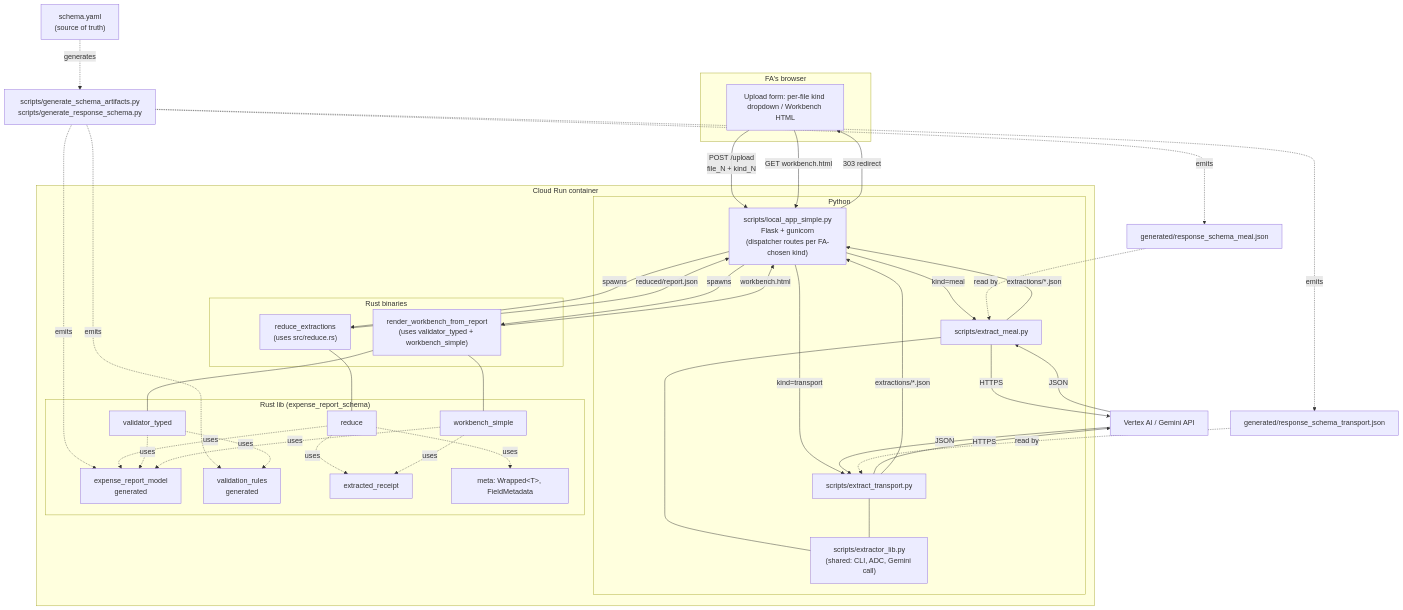
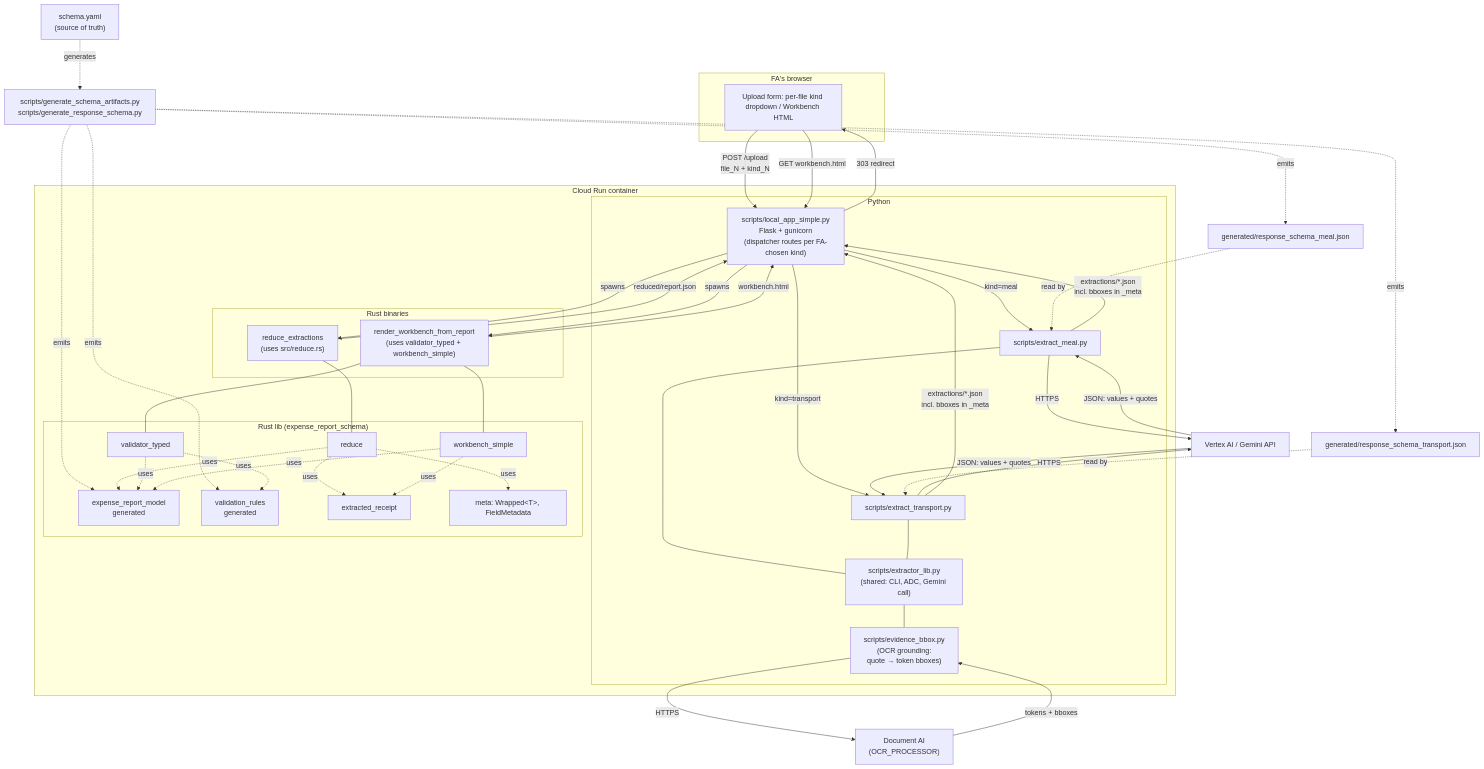
The first of 5 diagrams in docs/SPEC.md (aweditya/expense-reports-automation), drawn with Mermaid before and after one commit. The commit also changed other lines of this file, not shown here.

First paragraph of the commit message:
docs: SPEC — add Document AI OCR grounding layer (Phase 6 Stage B)
Document the new evidence_bbox.py + Document AI integration that
landed in Stages B.0 through B.4:

````diff
--- a/docs/SPEC.md
+++ b/docs/SPEC.md
@@ -45,71 +45,76 @@
 ```mermaid
 graph TB
     subgraph FA["FA's browser"]
         UI[Upload form: per-file kind dropdown / Workbench HTML]
     end
 
     subgraph CR["Cloud Run container"]
         subgraph Py["Python"]
             Flask["scripts/local_app_simple.py<br/>Flask + gunicorn<br/>(dispatcher routes per FA-chosen kind)"]
             ExtMeal["scripts/extract_meal.py"]
             ExtTransport["scripts/extract_transport.py"]
             ExtLib["scripts/extractor_lib.py<br/>(shared: CLI, ADC, Gemini call)"]
+            EvBbox["scripts/evidence_bbox.py<br/>(OCR grounding:<br/>quote → token bboxes)"]
         end
         subgraph Rust["Rust binaries"]
             Reduce["reduce_extractions<br/>(uses src/reduce.rs)"]
             Render["render_workbench_from_report<br/>(uses validator_typed + workbench_simple)"]
         end
         subgraph Lib["Rust lib (expense_report_schema)"]
             ER[expense_report_model<br/>generated]
             VR[validation_rules<br/>generated]
             ERcpt[extracted_receipt]
             Meta[meta: Wrapped&lt;T&gt;, FieldMetadata]
             Reducer[reduce]
             Vald[validator_typed]
             Wb[workbench_simple]
         end
     end
 
     Vertex["Vertex AI / Gemini API"]
+    DocAI["Document AI<br/>(OCR_PROCESSOR)"]
     Schema["schema.yaml<br/>(source of truth)"]
     Codegen["scripts/generate_schema_artifacts.py<br/>scripts/generate_response_schema.py"]
     RsMeal["generated/response_schema_meal.json"]
     RsTransport["generated/response_schema_transport.json"]
 
     UI -->|POST /upload<br/>file_N + kind_N| Flask
     Flask -->|kind=meal| ExtMeal
     Flask -->|kind=transport| ExtTransport
     ExtMeal --- ExtLib
     ExtTransport --- ExtLib
+    ExtLib --- EvBbox
     ExtMeal -->|HTTPS| Vertex
     ExtTransport -->|HTTPS| Vertex
-    Vertex -->|JSON| ExtMeal
-    Vertex -->|JSON| ExtTransport
-    ExtMeal -->|extractions/*.json| Flask
-    ExtTransport -->|extractions/*.json| Flask
+    Vertex -->|JSON: values + quotes| ExtMeal
+    Vertex -->|JSON: values + quotes| ExtTransport
+    EvBbox -->|HTTPS| DocAI
+    DocAI -->|tokens + bboxes| EvBbox
+    ExtMeal -->|extractions/*.json<br/>incl. bboxes in _meta| Flask
+    ExtTransport -->|extractions/*.json<br/>incl. bboxes in _meta| Flask
     Flask -->|spawns| Reduce
     Reduce -->|reduced/report.json| Flask
     Flask -->|spawns| Render
     Render -->|workbench.html| Flask
     Flask -->|303 redirect| UI
     UI -->|GET workbench.html| Flask
 
     Schema -.->|generates| Codegen
     Codegen -.->|emits| ER
     Codegen -.->|emits| VR
     Codegen -.->|emits| RsMeal
     Codegen -.->|emits| RsTransport
     RsMeal -.read by.-> ExtMeal
     RsTransport -.read by.-> ExtTransport
 
     Reduce --- Reducer
     Render --- Vald
     Render --- Wb
     Reducer -.uses.-> ERcpt
     Reducer -.uses.-> ER
     Reducer -.uses.-> Meta
     Vald -.uses.-> ER
     Vald -.uses.-> VR
     Wb -.uses.-> ER
     Wb -.uses.-> ERcpt
 ```
````
